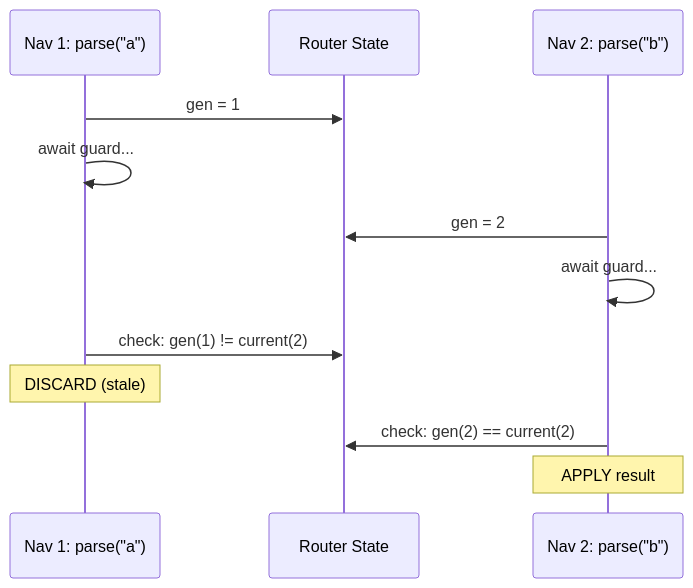
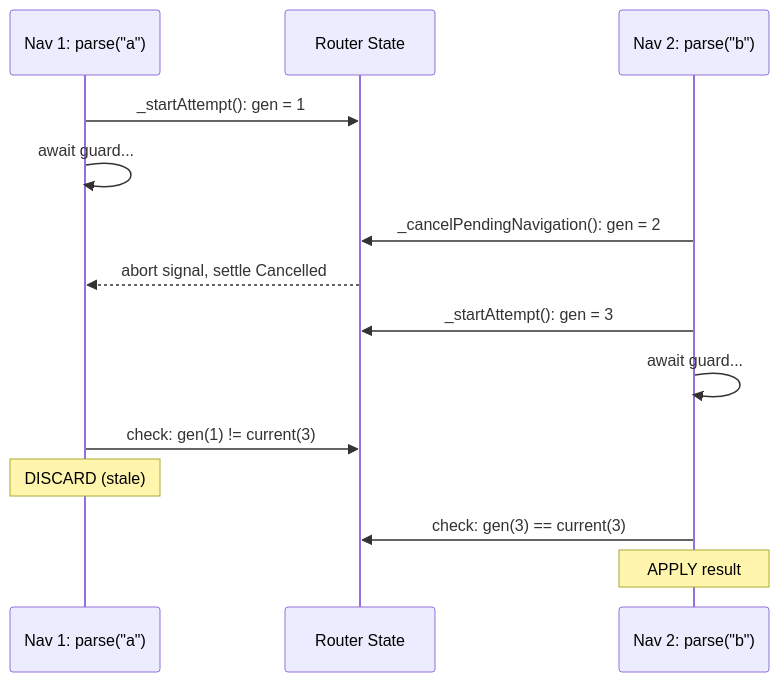
One commit to wridgeu/ui5-lib-guard-router changed the fifth of 9 diagrams in docs/reference/architecture.md. Above: the diagram before and after it, drawn with Mermaid. The commit also changed other lines of this file and 259 other files, not shown here.

First line of the commit message:
feat(router): owner component for guards; harden navigation and guard loading (#70)

````diff
--- a/docs/reference/architecture.md
+++ b/docs/reference/architecture.md
@@ -338,15 +689,17 @@
 ```mermaid
 sequenceDiagram
     participant Nav1 as Nav 1: parse("a")
     participant Router as Router State
     participant Nav2 as Nav 2: parse("b")
 
-    Nav1->>Router: gen = 1
+    Nav1->>Router: _startAttempt(): gen = 1
     Nav1->>Nav1: await guard...
-    Nav2->>Router: gen = 2
+    Nav2->>Router: _cancelPendingNavigation(): gen = 2
+    Router-->>Nav1: abort signal, settle Cancelled
+    Nav2->>Router: _startAttempt(): gen = 3
     Nav2->>Nav2: await guard...
-    Nav1->>Router: check: gen(1) != current(2)
+    Nav1->>Router: check: gen(1) != current(3)
     Note over Nav1: DISCARD (stale)
-    Nav2->>Router: check: gen(2) == current(2)
+    Nav2->>Router: check: gen(3) == current(3)
     Note over Nav2: APPLY result
 ```
````
